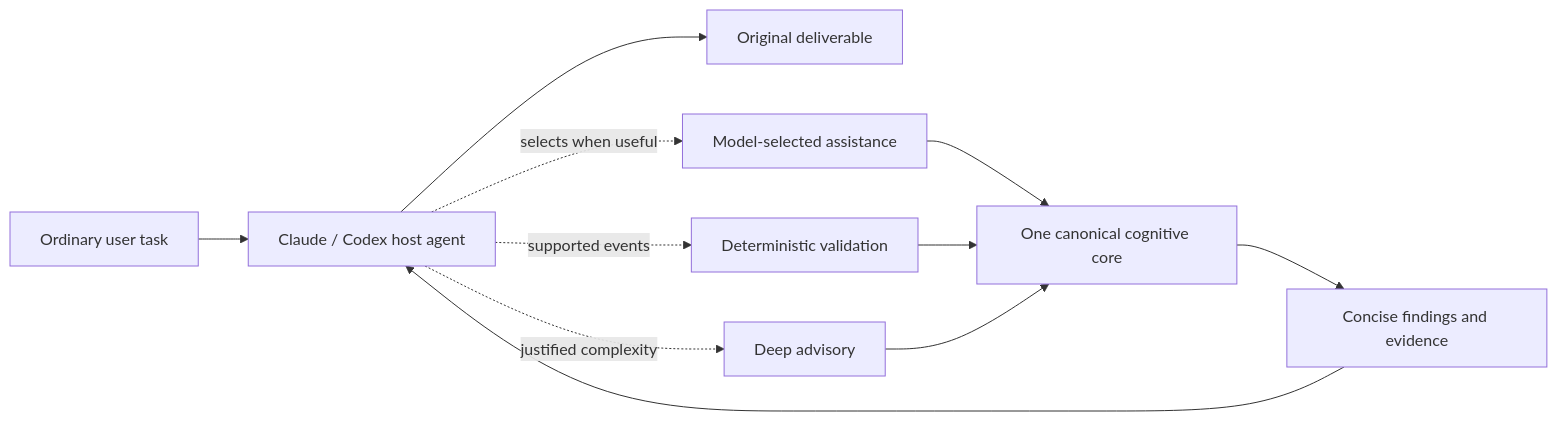
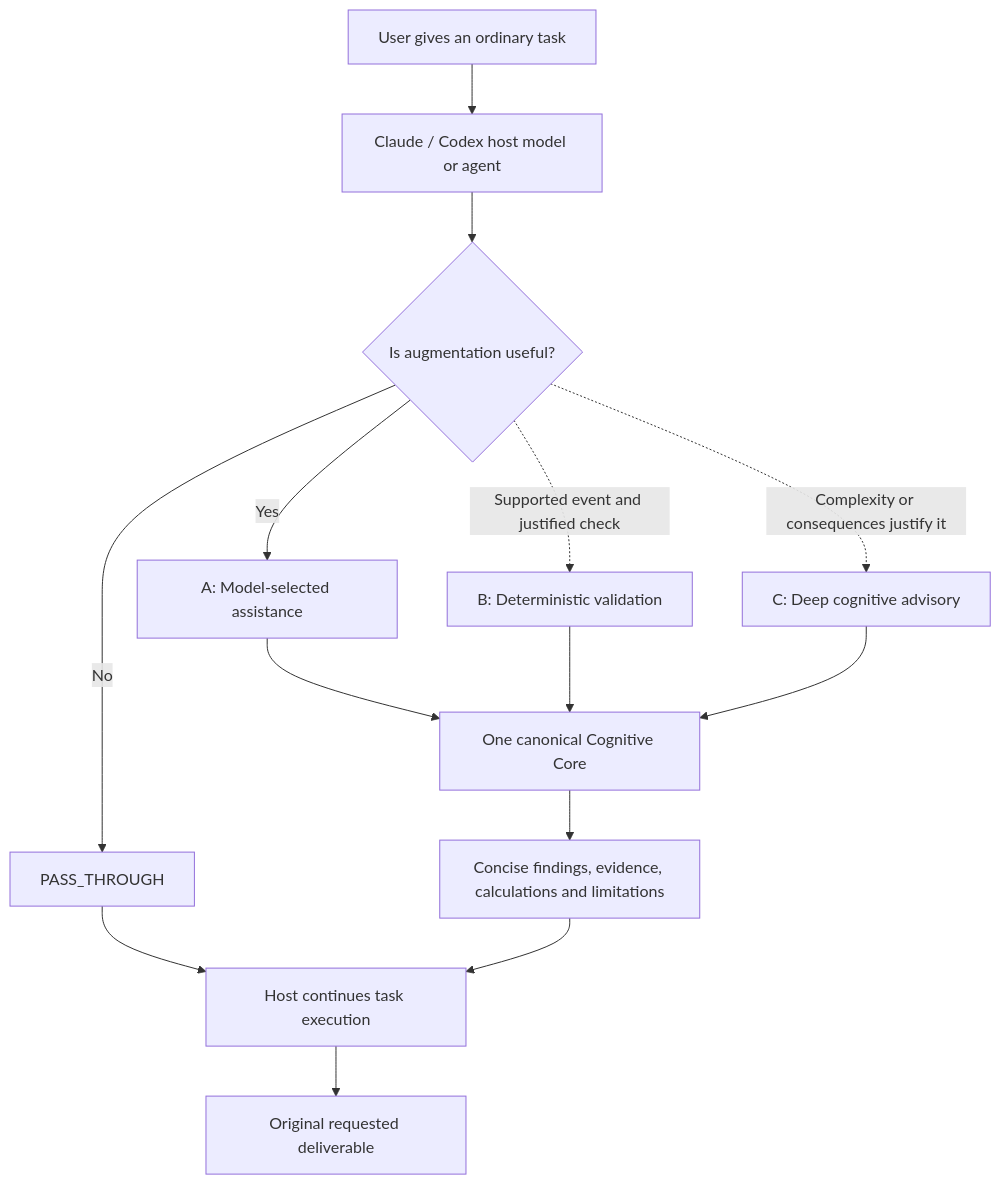
The diagram in README.md (azoghry-commits/Cognition-OS), drawn with Mermaid before and after one commit. The commit also changed other lines of this file, not shown here.

Commit message:
docs: rewrite README for V4.1 hybrid model

````diff
--- a/README.md
+++ b/README.md
@@ -54,13 +56,16 @@
 ```mermaid
-flowchart LR
-    U[Ordinary user task] --> H[Claude / Codex host agent]
-    H --> D[Original deliverable]
-    H -. selects when useful .-> A[Model-selected assistance]
-    H -. supported events .-> B[Deterministic validation]
-    H -. justified complexity .-> C[Deep advisory]
-    A --> K[One canonical cognitive core]
+flowchart TD
+    U["User gives an ordinary task"] --> H["Claude / Codex host model or agent"]
+    H --> G{"Is augmentation useful?"}
+    G -->|No| P["PASS_THROUGH"]
+    P --> X["Host continues task execution"]
+    G -->|Yes| A["A: Model-selected assistance"]
+    G -. "Supported event and justified check" .-> B["B: Deterministic validation"]
+    G -. "Complexity or consequences justify it" .-> C["C: Deep cognitive advisory"]
+    A --> K["One canonical Cognitive Core"]
     B --> K
     C --> K
-    K --> F[Concise findings and evidence]
-    F --> H
+    K --> F["Concise findings, evidence, calculations and limitations"]
+    F --> X
+    X --> D["Original requested deliverable"]
 ```
````
